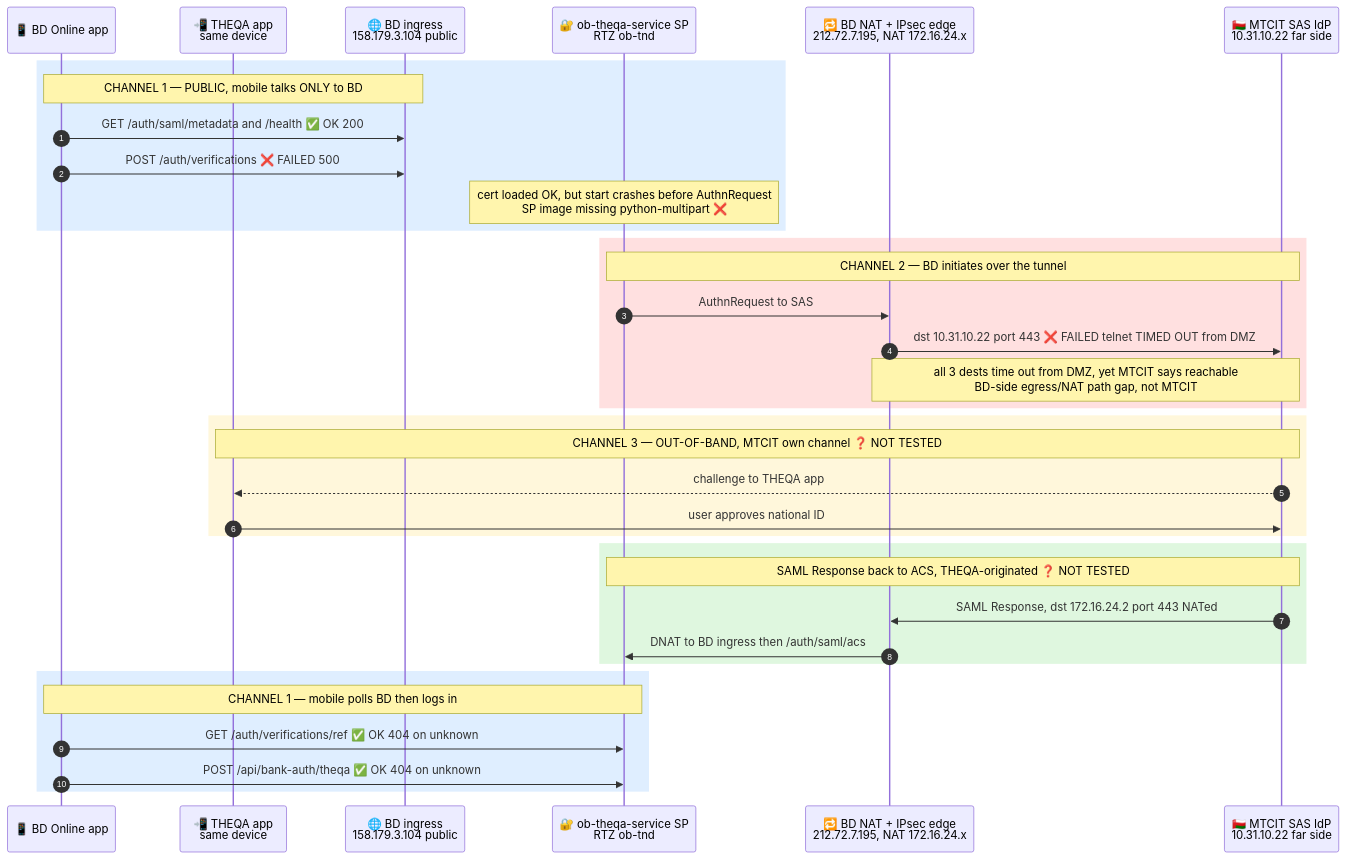
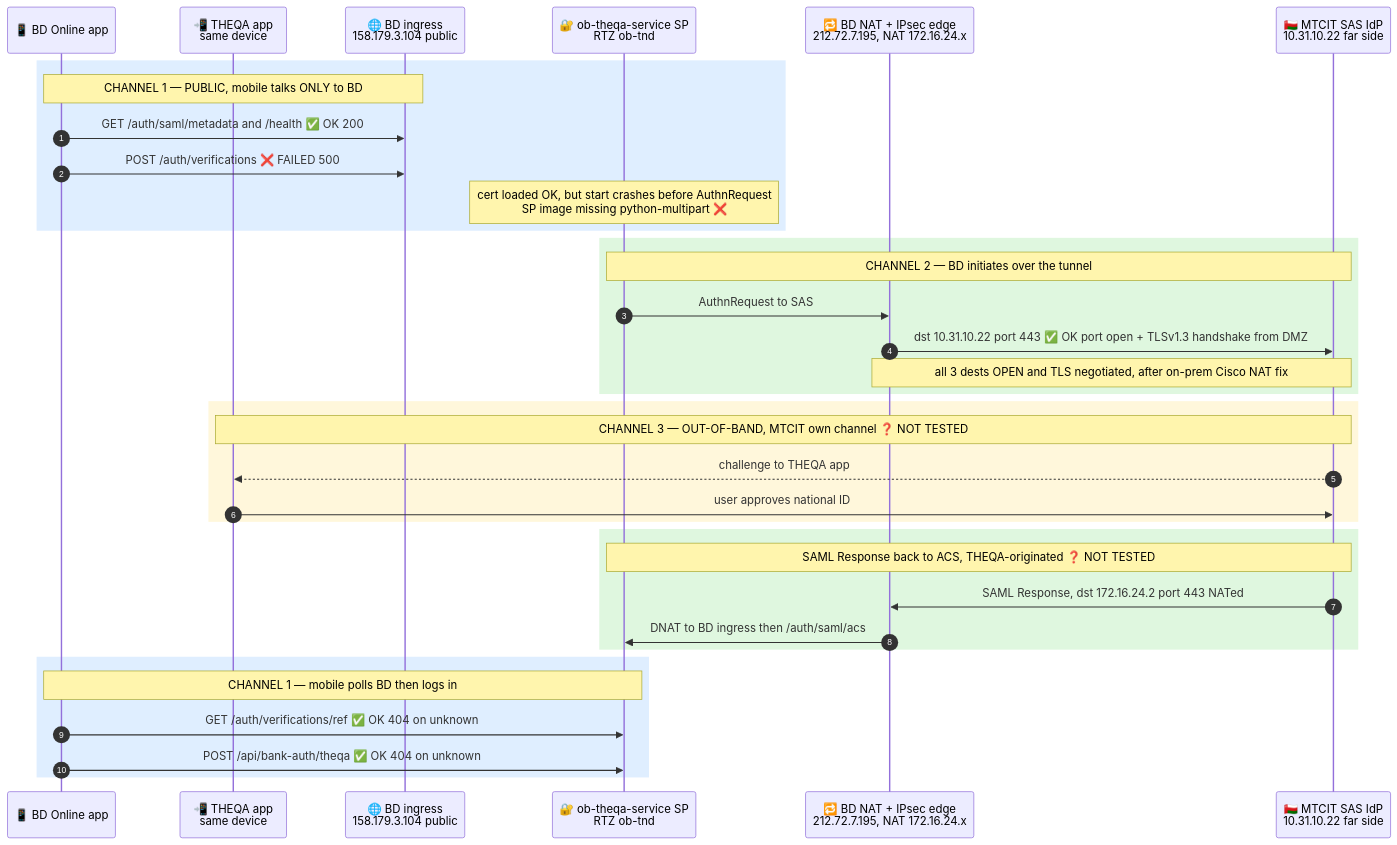
The first of 2 diagrams in theqa-integration-artifacts/THEQA_Traffic_Flow.md (alierenbaysal/open-banking-mobile-v2), drawn with Mermaid before and after one commit. The commit also changed other lines of this file, not shown here.

Commit message:
docs(theqa): leg 2 outbound now OK — DMZ nc+curl to 10.31.10.22/.31/.33:443 all open + TLSv1.3 handshake after on-prem Cisco NAT fix; OCI routing (VCN->DRG->FastConnect) was always correct (#15)

````diff
--- a/theqa-integration-artifacts/THEQA_Traffic_Flow.md
+++ b/theqa-integration-artifacts/THEQA_Traffic_Flow.md
@@ -28,42 +28,42 @@
 ```mermaid
 sequenceDiagram
     autonumber
     participant App as 📱 BD Online app
     participant THQ as 📲 THEQA app<br>same device
     participant ING as 🌐 BD ingress<br>158.179.3.104 public
     participant SP as 🔐 ob-theqa-service SP<br>RTZ ob-tnd
     participant NAT as 🔁 BD NAT + IPsec edge<br>212.72.7.195, NAT 172.16.24.x
     participant IDP as 🇴🇲 MTCIT SAS IdP<br>10.31.10.22 far side
 
     rect rgb(223,238,255)
     Note over App,ING: CHANNEL 1 — PUBLIC, mobile talks ONLY to BD
     App->>ING: GET /auth/saml/metadata and /health  ✅ OK 200
     App->>ING: POST /auth/verifications  ❌ FAILED 500
     Note over SP: cert loaded OK, but start crashes before AuthnRequest<br>SP image missing python-multipart ❌
     end
 
-    rect rgb(255,224,224)
+    rect rgb(223,247,223)
     Note over SP,IDP: CHANNEL 2 — BD initiates over the tunnel
     SP->>NAT: AuthnRequest to SAS
-    NAT->>IDP: dst 10.31.10.22 port 443  ❌ FAILED telnet TIMED OUT from DMZ
-    Note over NAT,IDP: all 3 dests time out from DMZ, yet MTCIT says reachable<br>BD-side egress/NAT path gap, not MTCIT
+    NAT->>IDP: dst 10.31.10.22 port 443  ✅ OK port open + TLSv1.3 handshake from DMZ
+    Note over NAT,IDP: all 3 dests OPEN and TLS negotiated, after on-prem Cisco NAT fix
     end
 
     rect rgb(255,247,219)
     Note over THQ,IDP: CHANNEL 3 — OUT-OF-BAND, MTCIT own channel  ❓ NOT TESTED
     IDP-->>THQ: challenge to THEQA app
     THQ->>IDP: user approves national ID
     end
 
     rect rgb(223,247,223)
     Note over IDP,SP: SAML Response back to ACS, THEQA-originated  ❓ NOT TESTED
     IDP->>NAT: SAML Response, dst 172.16.24.2 port 443 NATed
     NAT->>SP: DNAT to BD ingress then /auth/saml/acs
     end
 
     rect rgb(223,238,255)
     Note over App,SP: CHANNEL 1 — mobile polls BD then logs in
     App->>SP: GET /auth/verifications/ref  ✅ OK 404 on unknown
     App->>SP: POST /api/bank-auth/theqa  ✅ OK 404 on unknown
     end
 ```
````
